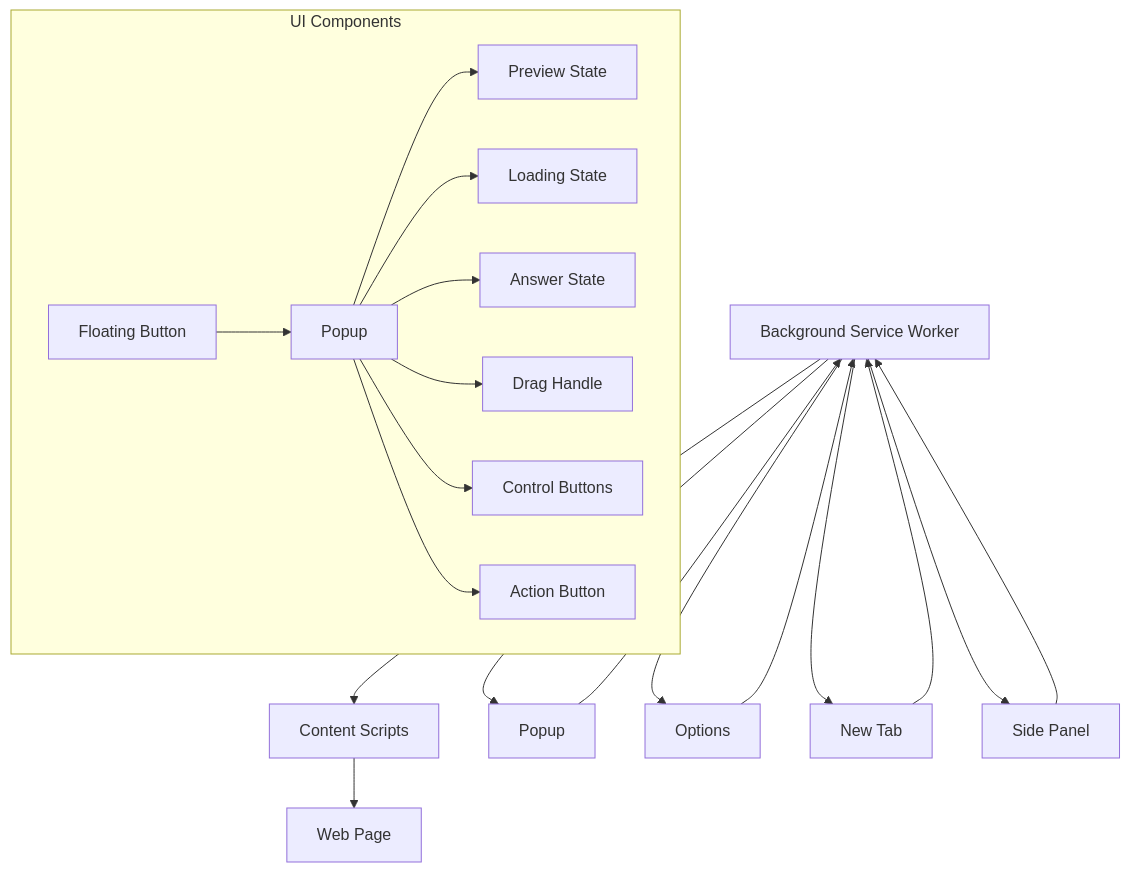
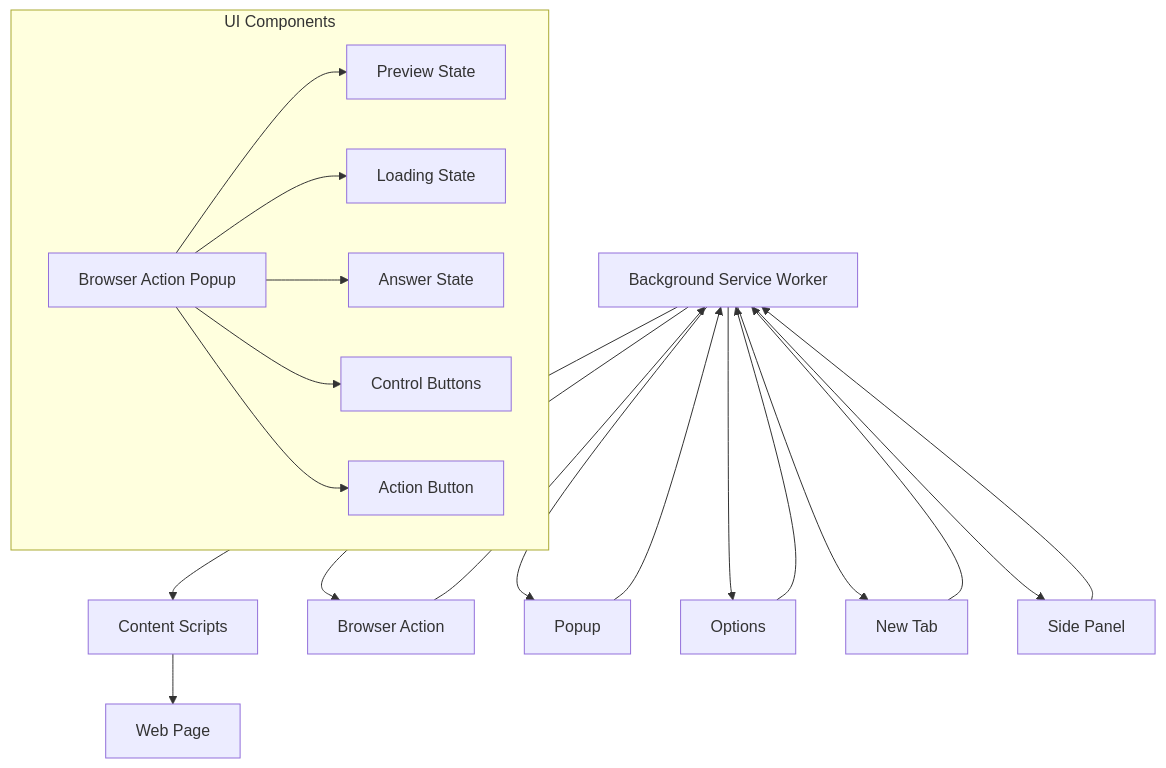
Before and after one commit to denisoed/exara-extension: the diagram in memory-bank/systemPatterns.md, drawn with Mermaid. The commit also changed other lines of this file and 14 other files, not shown here.

Commit message:
feat: implement browser action configuration

````diff
--- a/memory-bank/systemPatterns.md
+++ b/memory-bank/systemPatterns.md
@@ -77,23 +84,23 @@
 ```mermaid
 graph TD
     A[Background Service Worker] --> B[Content Scripts]
-    A --> C[Popup]
-    A --> D[Options]
-    A --> E[New Tab]
-    A --> F[Side Panel]
-    B --> G[Web Page]
+    A --> C[Browser Action]
+    A --> D[Popup]
+    A --> E[Options]
+    A --> F[New Tab]
+    A --> G[Side Panel]
+    B --> H[Web Page]
     C --> A
     D --> A
     E --> A
     F --> A
+    G --> A
     
     subgraph UI Components
-        H[Floating Button] --> I[Popup]
-        I --> J[Preview State]
+        I[Browser Action Popup] --> J[Preview State]
         I --> K[Loading State]
         I --> L[Answer State]
-        I --> M[Drag Handle]
-        I --> N[Control Buttons]
-        I --> O[Action Button]
+        I --> M[Control Buttons]
+        I --> N[Action Button]
     end
 ```
````
